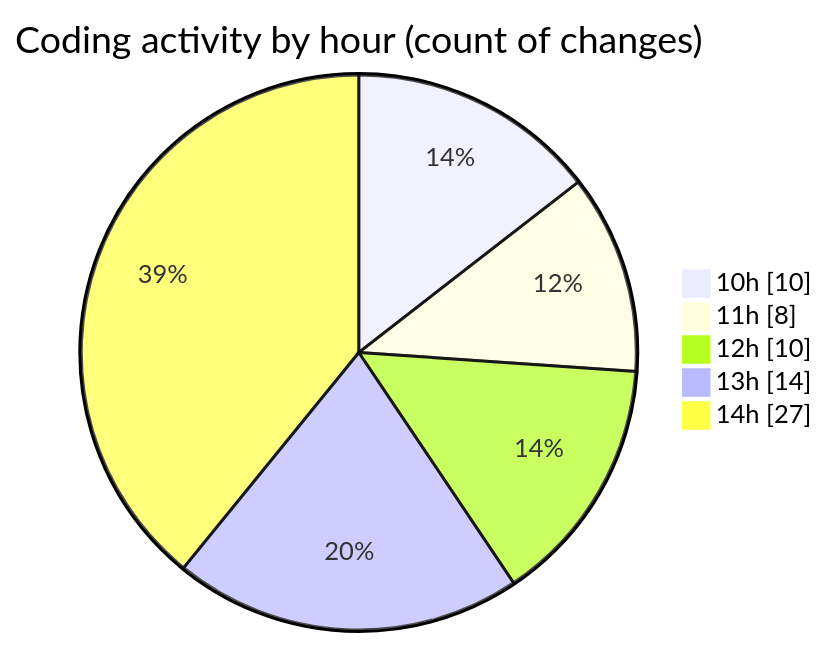
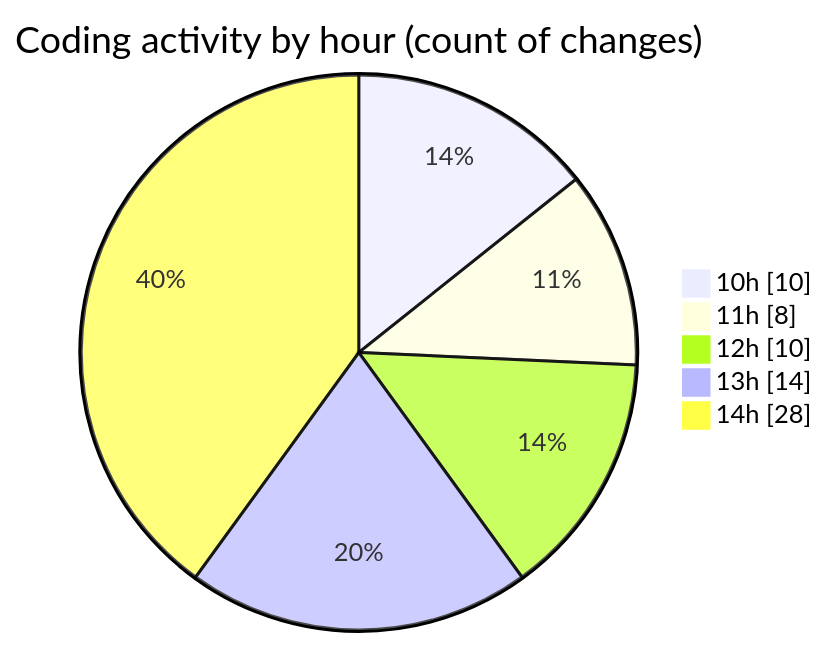
Before and after one commit to nxtqubesakshisongat/code-tracking: the second of 2 diagrams in 2025-07-29/nxtqube_webapp/README.md, drawn with Mermaid. The commit also changed other lines of this file and 1 other file, not shown here.

````diff
--- a/2025-07-29/nxtqube_webapp/README.md
+++ b/2025-07-29/nxtqube_webapp/README.md
@@ -36,9 +36,9 @@
 ```mermaid
 pie showData
 title Coding activity by hour (count of changes)
 "10h" : 10
 "11h" : 8
 "12h" : 10
 "13h" : 14
-"14h" : 27
+"14h" : 28
 ```
````
